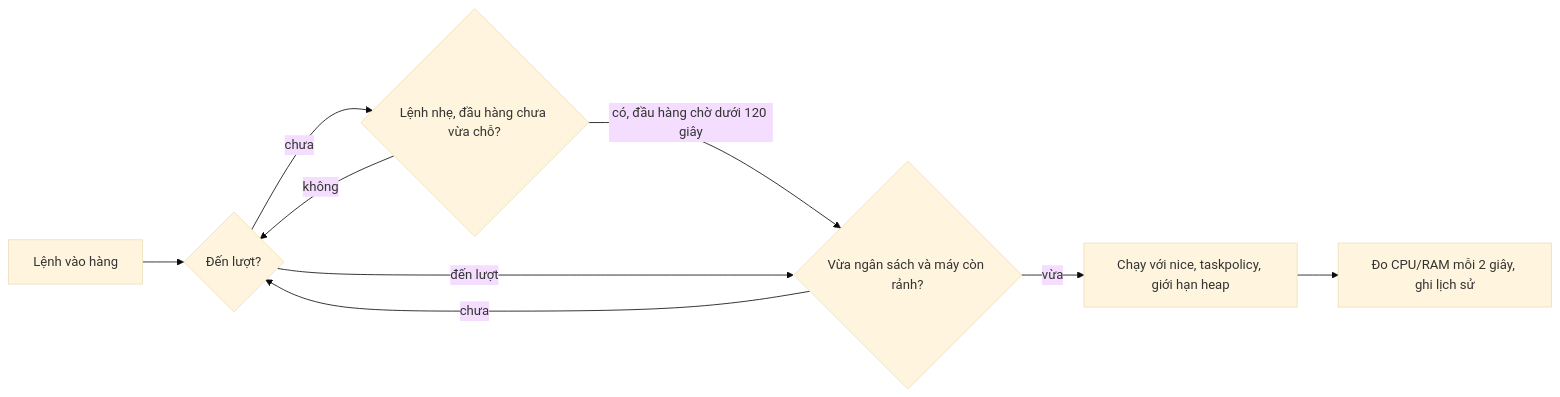
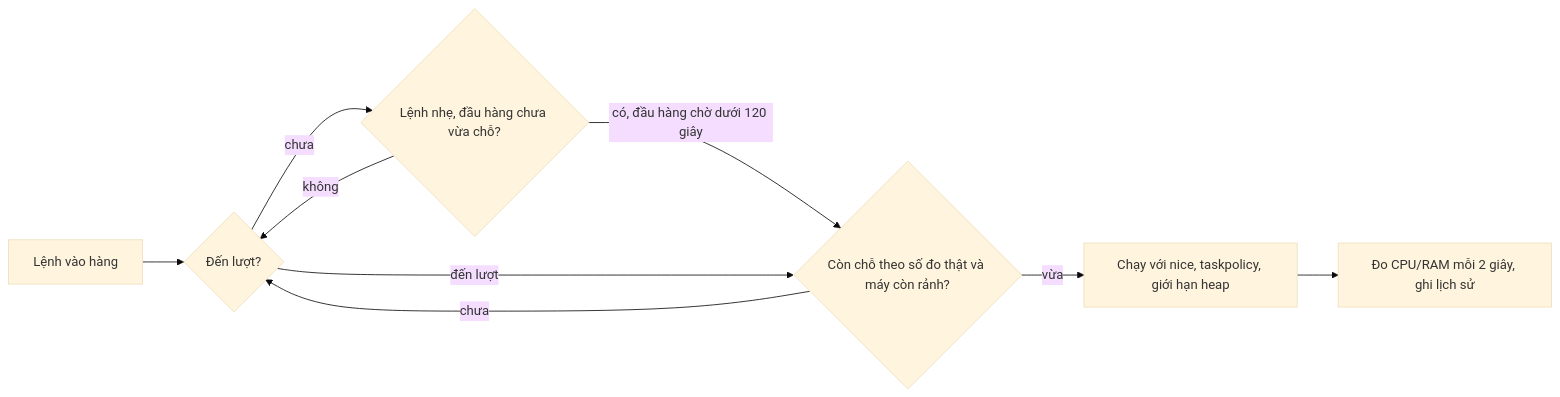
Before and after one commit to vyvu99/vskills: the diagram in scripts/job-queue/README.md, drawn with Mermaid (base theme). The commit also changed other lines of this file and 8 other files, not shown here.

````diff
--- a/scripts/job-queue/README.md
+++ b/scripts/job-queue/README.md
@@ -47,11 +42,11 @@
 ```mermaid
 flowchart LR
     A[Lệnh vào hàng] --> B{Đến lượt?}
     B -- chưa --> C{Lệnh nhẹ, đầu hàng chưa vừa chỗ?}
     C -- có, đầu hàng chờ dưới 120 giây --> D
     C -- không --> B
-    B -- đến lượt --> D{Vừa ngân sách và máy còn rảnh?}
+    B -- đến lượt --> D{Còn chỗ theo số đo thật và máy còn rảnh?}
     D -- chưa --> B
     D -- vừa --> E[Chạy với nice, taskpolicy, giới hạn heap]
     E --> F[Đo CPU/RAM mỗi 2 giây, ghi lịch sử]
 ```
````
